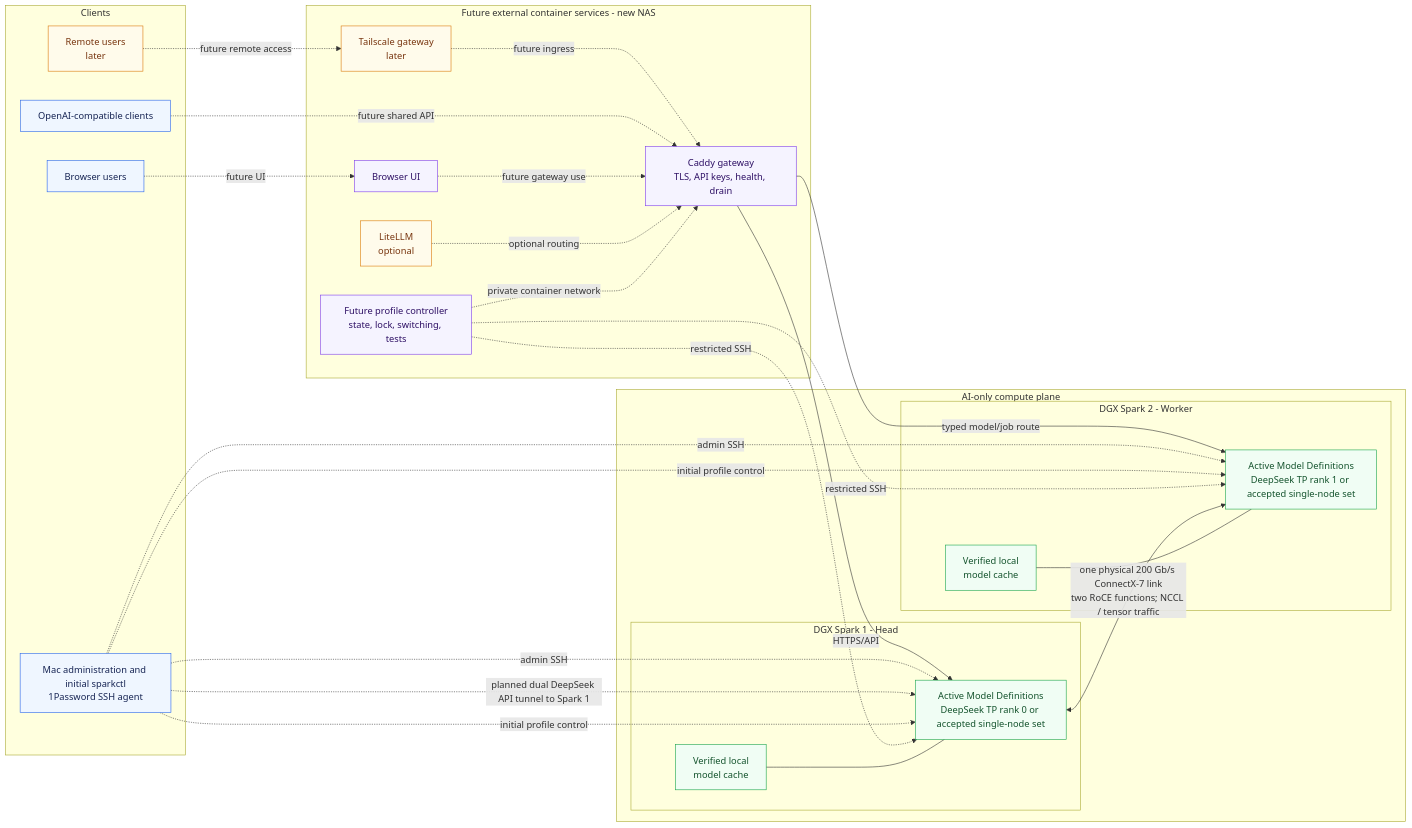
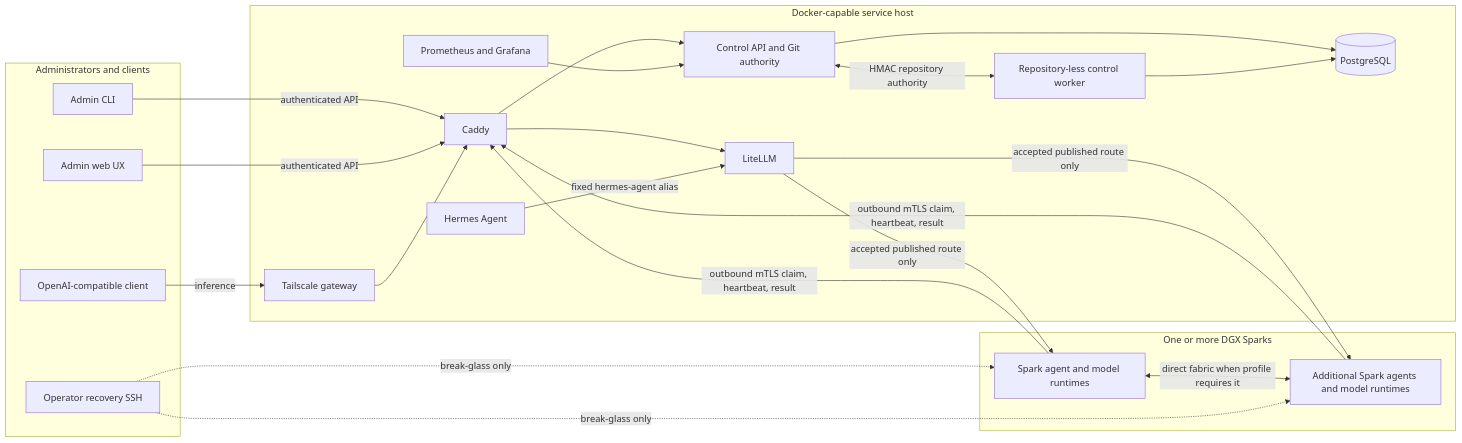
Before and after one commit to CarstVaartjes/DGX-Forge: the diagram in docs/architecture-overview.md, drawn with Mermaid. The commit also changed other lines of this file and 33 other files, not shown here.

Commit message:
refactor: remove routine SSH from control worker

````diff
--- a/docs/architecture-overview.md
+++ b/docs/architecture-overview.md
@@ -12,58 +13,42 @@
 ```mermaid
 flowchart LR
-    subgraph clients[Clients]
-        mac[Mac administration and initial sparkctl<br/>1Password SSH agent]
-        api[OpenAI-compatible clients]
-        browser[Browser users]
-        remote[Remote users<br/>later]
+    subgraph users[Administrators and clients]
+        cli[Admin CLI]
+        web[Admin web UX]
+        client[OpenAI-compatible client]
+        operator[Operator recovery SSH]
     end
 
-    subgraph external[Future external container services - new NAS]
-        caddy[Caddy gateway<br/>TLS, API keys, health, drain]
-        controller[Future profile controller<br/>state, lock, switching, tests]
-        ui[Browser UI]
-        litellm[LiteLLM<br/>optional]
-        tailscale[Tailscale gateway<br/>later]
+    subgraph host[Docker-capable service host]
+        tailscale[Tailscale gateway]
+        caddy[Caddy]
+        api[Control API and Git authority]
+        worker[Repository-less control worker]
+        db[(PostgreSQL)]
+        litellm[LiteLLM]
+        hermes[Hermes Agent]
+        telemetry[Prometheus and Grafana]
     end
 
-    subgraph compute[AI-only compute plane]
-        subgraph spark1[DGX Spark 1 - Head]
-            head[Active Model Definitions<br/>DeepSeek TP rank 0 or accepted single-node set]
-            cache1[Verified local<br/>model cache]
-        end
-        subgraph spark2[DGX Spark 2 - Worker]
-            worker[Active Model Definitions<br/>DeepSeek TP rank 1 or accepted single-node set]
-            cache2[Verified local<br/>model cache]
-        end
+    subgraph sparks[One or more DGX Sparks]
+        s1[Spark agent and model runtimes]
+        sn[Additional Spark agents and model runtimes]
     end
 
-    remote -. future remote access .-> tailscale
-    tailscale -. future ingress .-> caddy
-    api -. future shared API .-> caddy
-    browser -. future UI .-> ui
-    ui -. future gateway use .-> caddy
-    litellm -. optional routing .-> caddy
-    caddy -->|HTTPS/API| head
-    caddy -->|typed model/job route| worker
-    mac -. admin SSH .-> head
-    mac -. admin SSH .-> worker
-    mac -. planned dual DeepSeek API tunnel to Spark 1 .-> head
-    mac -. initial profile control .-> head
-    mac -. initial profile control .-> worker
-    controller -. restricted SSH .-> head
-    controller -. restricted SSH .-> worker
-    controller -. private container network .-> caddy
-    head <-->|one physical 200 Gb/s ConnectX-7 link<br/>two RoCE functions; NCCL / tensor traffic| worker
-    cache1 --- head
-    cache2 --- worker
-
-    classDef client fill:#eff6ff,stroke:#2563eb,color:#172554;
-    classDef control fill:#f5f3ff,stroke:#7c3aed,color:#2e1065;
-    classDef ai fill:#f0fdf4,stroke:#16a34a,color:#14532d;
-    classDef future fill:#fffbeb,stroke:#d97706,color:#78350f;
-    class mac,api,browser client;
-    class remote future;
-    class caddy,controller,ui control;
-    class litellm,tailscale future;
-    class head,worker,cache1,cache2 ai;
+    cli -->|authenticated API| caddy
+    web -->|authenticated API| caddy
+    client -->|inference| tailscale --> caddy --> litellm
+    caddy --> api
+    api --> db
+    worker --> db
+    api <-->|HMAC repository authority| worker
+    hermes -->|fixed hermes-agent alias| litellm
+    telemetry --> api
+    litellm -->|accepted published route only| s1
+    litellm -->|accepted published route only| sn
+    s1 -->|outbound mTLS claim, heartbeat, result| caddy
+    sn -->|outbound mTLS claim, heartbeat, result| caddy
+    s1 <-->|direct fabric when profile requires it| sn
+    operator -. break-glass only .-> s1
+    operator -. break-glass only .-> sn
 ```
````
